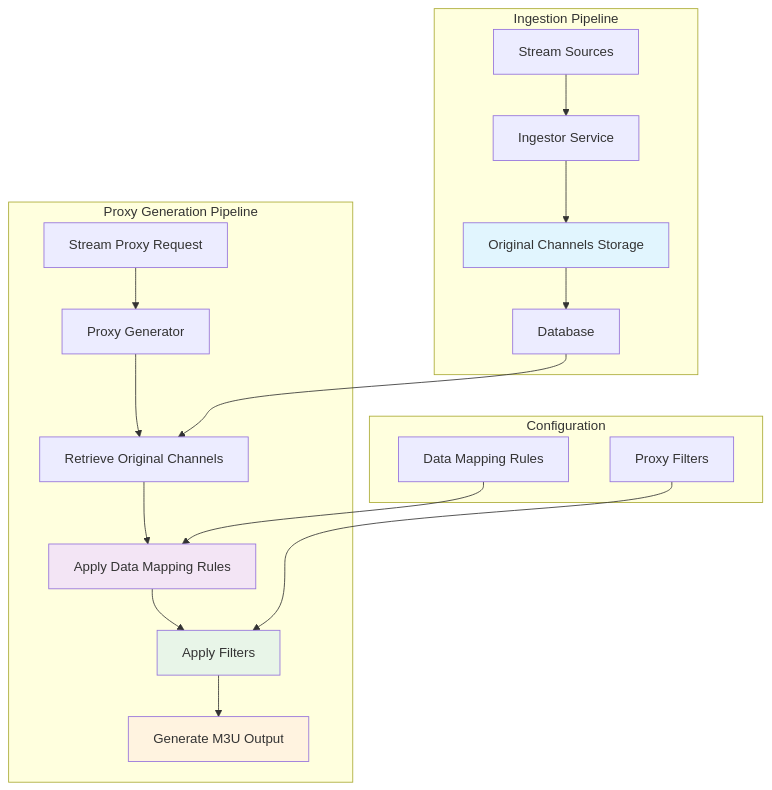
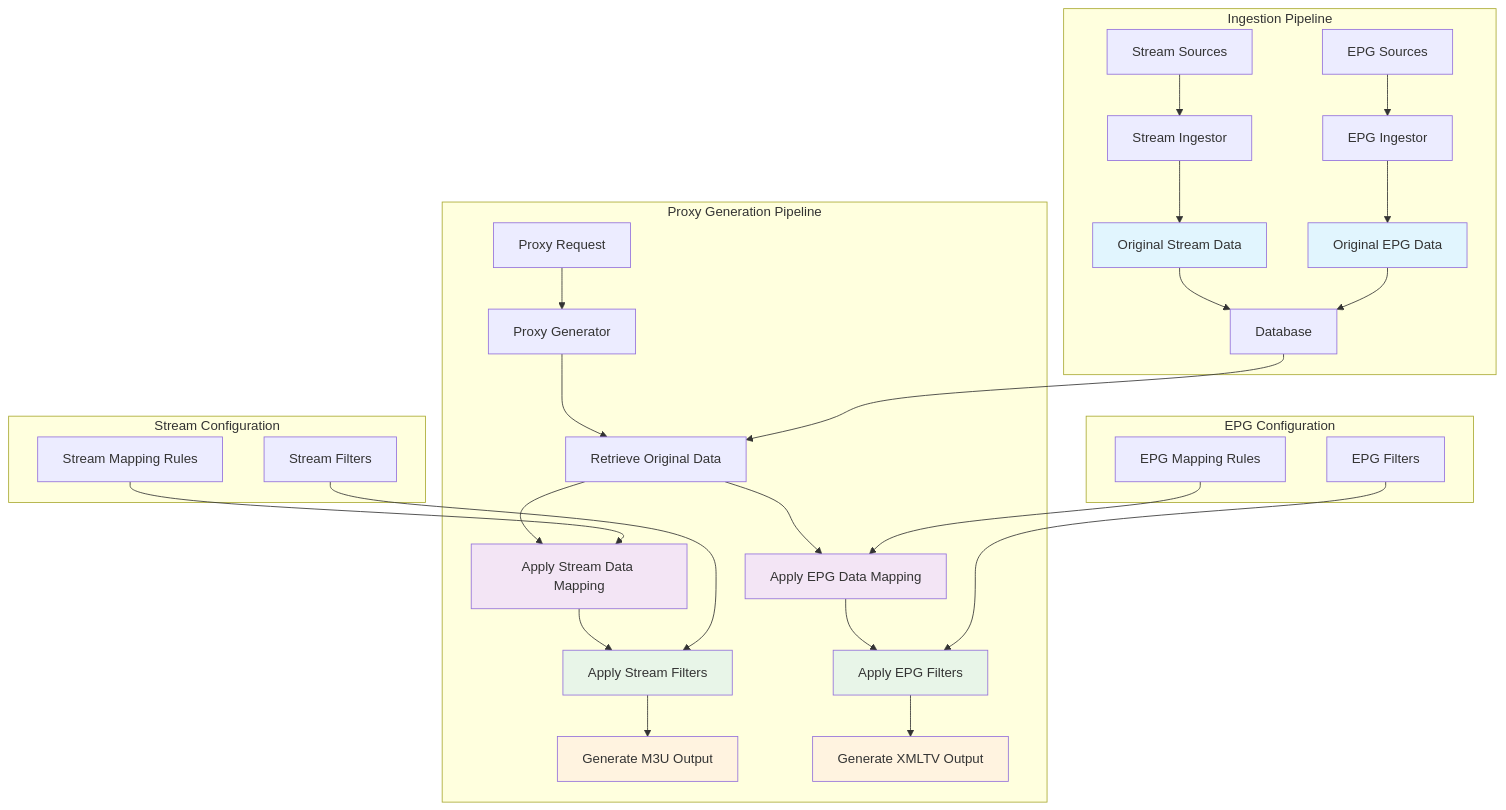
The diagram in README.md (jmylchreest/m3u-proxy), drawn with Mermaid before and after one commit. The commit also changed other lines of this file and 26 other files, not shown here.

````diff
--- a/README.md
+++ b/README.md
@@ -126,43 +132,66 @@
 ```mermaid
 graph TD
-    A[Stream Sources] --> B[Ingestor Service]
-    B --> C[Original Channels Storage]
+    A[Stream Sources] --> B[Stream Ingestor]
+    A2[EPG Sources] --> B2[EPG Ingestor]
+    B --> C[Original Stream Data]
+    B2 --> C2[Original EPG Data]
     C --> D[Database]
+    C2 --> D
     
-    E[Stream Proxy Request] --> F[Proxy Generator]
-    F --> G[Retrieve Original Channels]
-    G --> H[Apply Data Mapping Rules]
-    H --> I[Apply Filters]
+    E[Proxy Request] --> F[Proxy Generator]
+    F --> G[Retrieve Original Data]
+    G --> H[Apply Stream Data Mapping]
+    G --> H2[Apply EPG Data Mapping]
+    H --> I[Apply Stream Filters]
+    H2 --> I2[Apply EPG Filters]
     I --> J[Generate M3U Output]
+    I2 --> J2[Generate XMLTV Output]
     
-    K[Data Mapping Rules] --> H
-    L[Proxy Filters] --> I
+    K[Stream Mapping Rules] --> H
+    K2[EPG Mapping Rules] --> H2
+    L[Stream Filters] --> I
+    L2[EPG Filters] --> I2
     
     D --> G
     
     subgraph "Ingestion Pipeline"
         A
+        A2
         B
+        B2
         C
+        C2
         D
     end
     
     subgraph "Proxy Generation Pipeline"
         E
         F
         G
         H
+        H2
         I
+        I2
         J
+        J2
     end
     
-    subgraph "Configuration"
+    subgraph "Stream Configuration"
         K
         L
     end
     
+    subgraph "EPG Configuration"
+        K2
+        L2
+    end
+    
     style C fill:#e1f5fe
+    style C2 fill:#e1f5fe
     style H fill:#f3e5f5
+    style H2 fill:#f3e5f5
     style I fill:#e8f5e8
+    style I2 fill:#e8f5e8
     style J fill:#fff3e0
+    style J2 fill:#fff3e0
 ```
````
